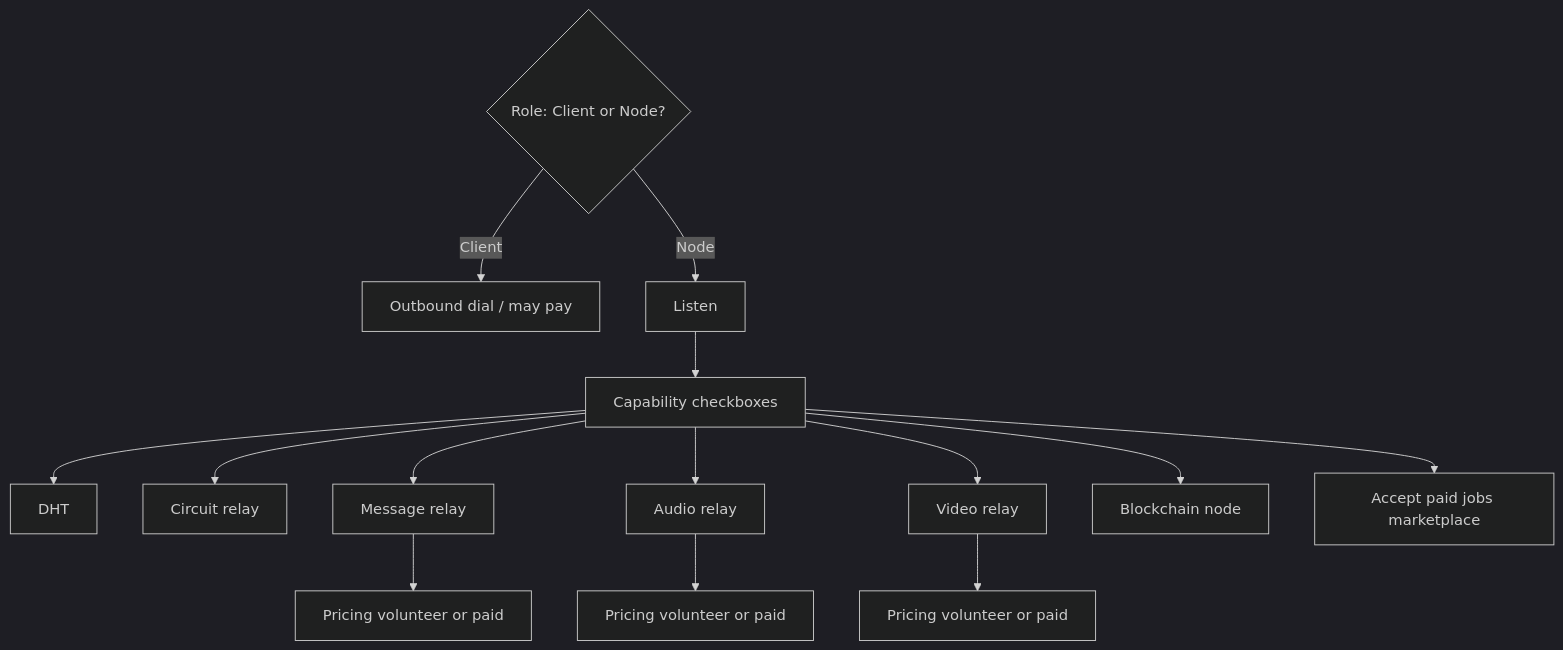
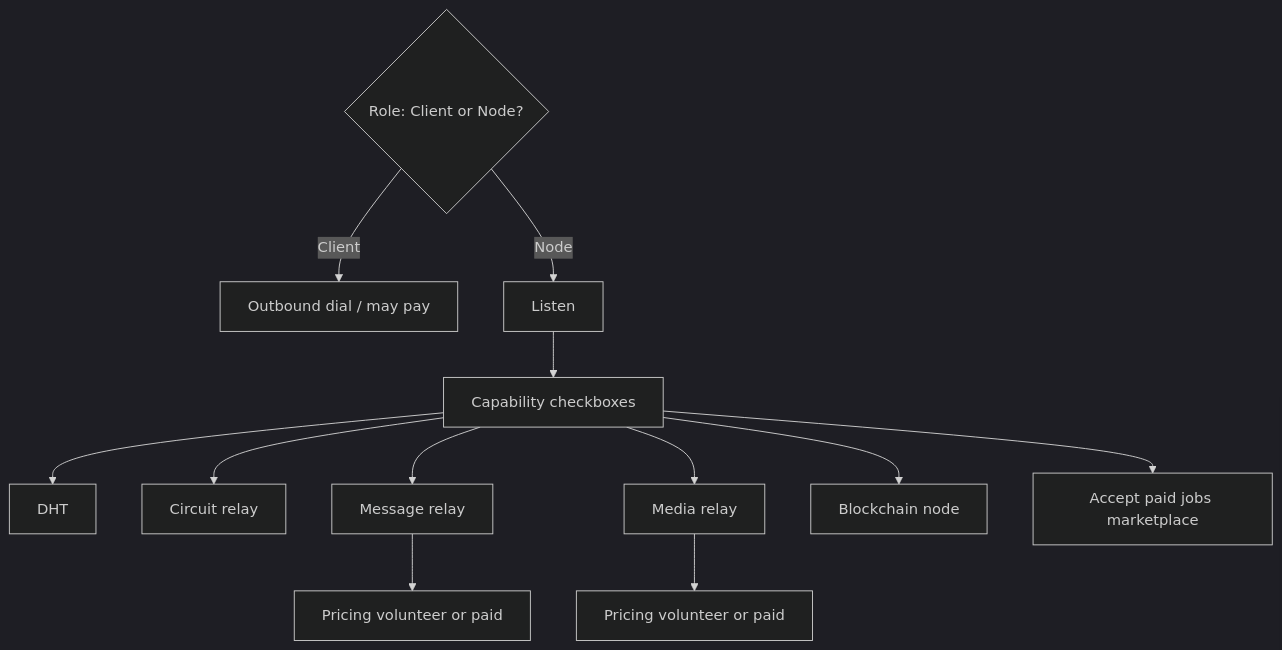
Before and after one commit to people-post/pp-browser: the second of 5 diagrams in projects/p2p-mesh/DESIGN.md, drawn with Mermaid (dark theme). The commit also changed other lines of this file and 10 other files, not shown here.

````diff
--- a/projects/p2p-mesh/DESIGN.md
+++ b/projects/p2p-mesh/DESIGN.md
@@ -24,17 +68,15 @@
 ```mermaid
 flowchart TB
   role{"Role: Client or Node?"}
   role -->|Client| consume[Outbound dial / may pay]
   role -->|Node| listen[Listen]
   listen --> caps[Capability checkboxes]
   caps --> dht[DHT]
   caps --> circuit[Circuit relay]
   caps --> msgRelay[Message relay]
   msgRelay --> msgPrice[Pricing volunteer or paid]
-  caps --> audio[Audio relay]
-  audio --> audioPrice[Pricing volunteer or paid]
-  caps --> video[Video relay]
-  video --> videoPrice[Pricing volunteer or paid]
+  caps --> media[Media relay]
+  media --> mediaPrice[Pricing volunteer or paid]
   caps --> chain[Blockchain node]
   caps --> jobs[Accept paid jobs marketplace]
 ```
````
